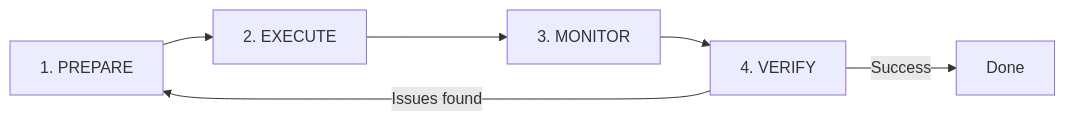
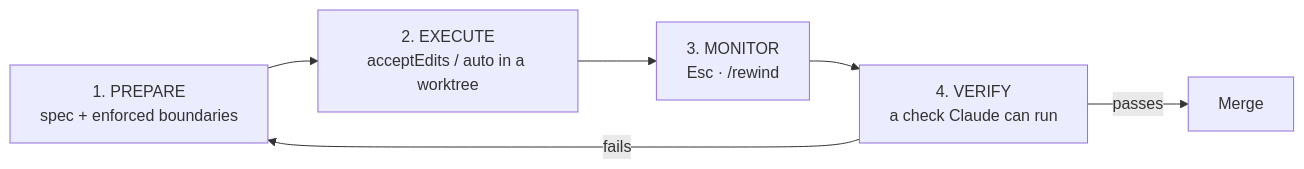
The diagram in src/content/docs/en/claude-code/phase-07-multi-agent-auto/02-full-auto-workflow.md (ShipWithAI/claude-code-mastery), drawn with Mermaid before and after one commit. The commit also changed other lines of this file and 10 other files, not shown here.

````diff
--- a/src/content/docs/en/claude-code/phase-07-multi-agent-auto/02-full-auto-workflow.md
+++ b/src/content/docs/en/claude-code/phase-07-multi-agent-auto/02-full-auto-workflow.md
@@ -30,8 +34,8 @@
 ```mermaid
 graph LR
-    A[1. PREPARE] --> B[2. EXECUTE]
-    B --> C[3. MONITOR]
-    C --> D[4. VERIFY]
-    D -->|Issues found| A
-    D -->|Success| E[Done]
+    A["1. PREPARE<br/>spec + enforced boundaries"] --> B["2. EXECUTE<br/>acceptEdits / auto in a worktree"]
+    B --> C["3. MONITOR<br/>Esc · /rewind"]
+    C --> D["4. VERIFY<br/>a check Claude can run"]
+    D -->|fails| A
+    D -->|passes| E[Merge]
 ```
````
